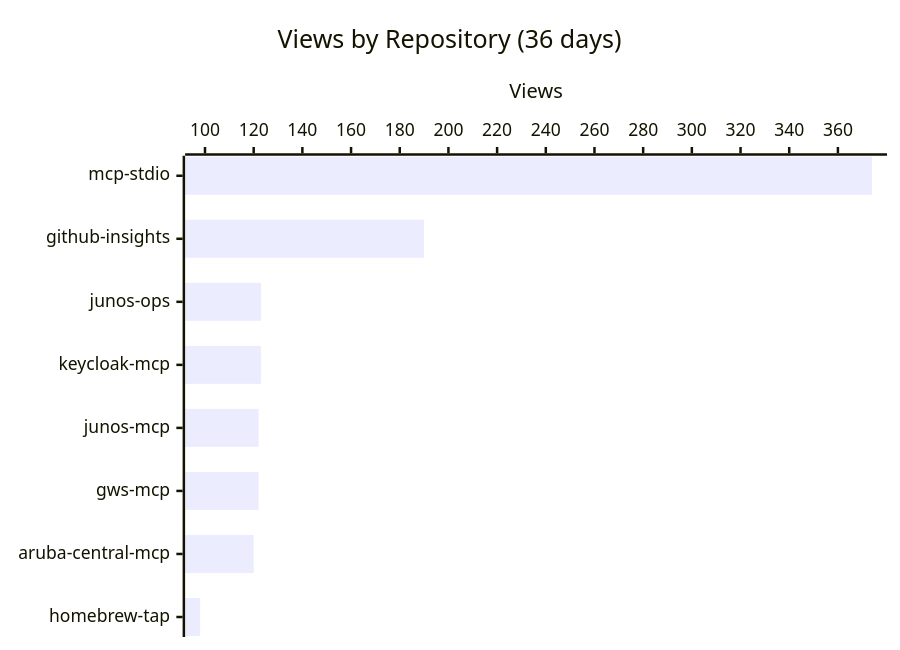
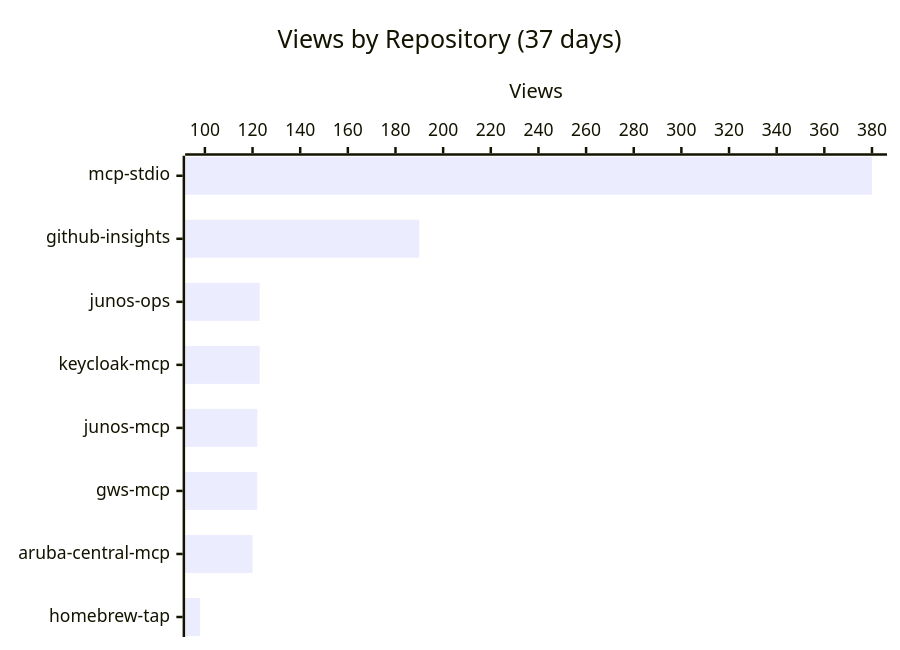
The first of 3 diagrams in README.md (shigechika/github-insights), drawn with Mermaid before and after one commit. The commit also changed other lines of this file and 1 other file, not shown here.

````diff
--- a/README.md
+++ b/README.md
@@ -14,7 +14,7 @@
 ```mermaid
 xychart-beta horizontal
-    title "Views by Repository (36 days)"
+    title "Views by Repository (37 days)"
     x-axis ["mcp-stdio", "github-insights", "junos-ops", "keycloak-mcp", "junos-mcp", "gws-mcp", "aruba-central-mcp", "homebrew-tap"]
     y-axis "Views"
-    bar [374, 190, 123, 123, 122, 122, 120, 98]
+    bar [380, 190, 123, 123, 122, 122, 120, 98]
 ```
````
